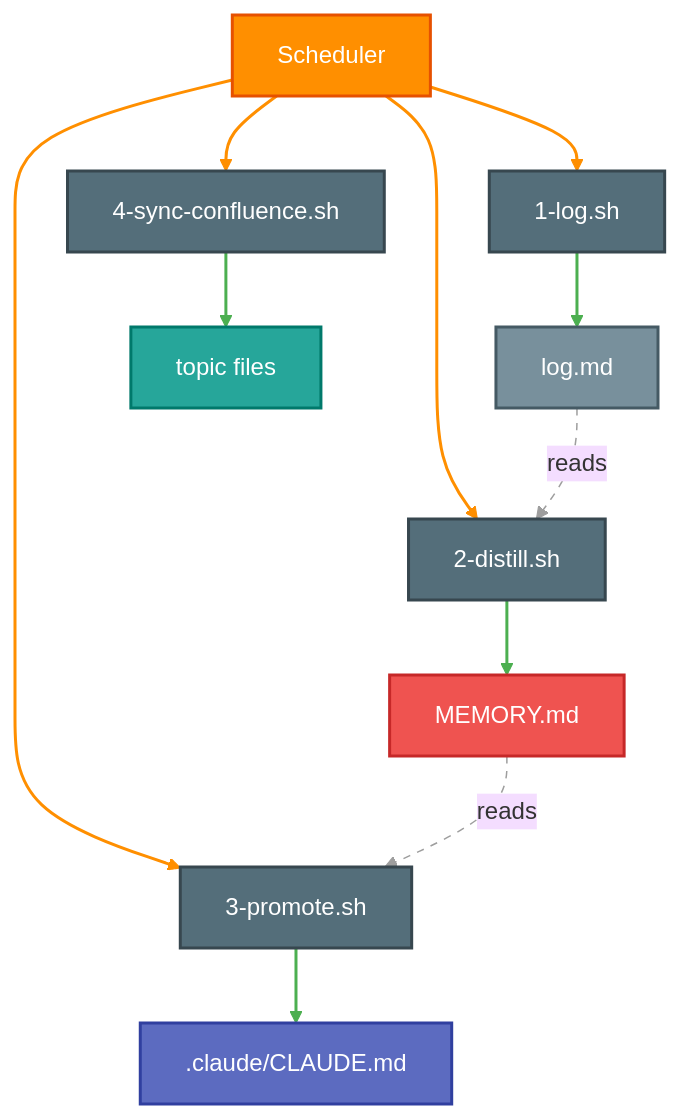
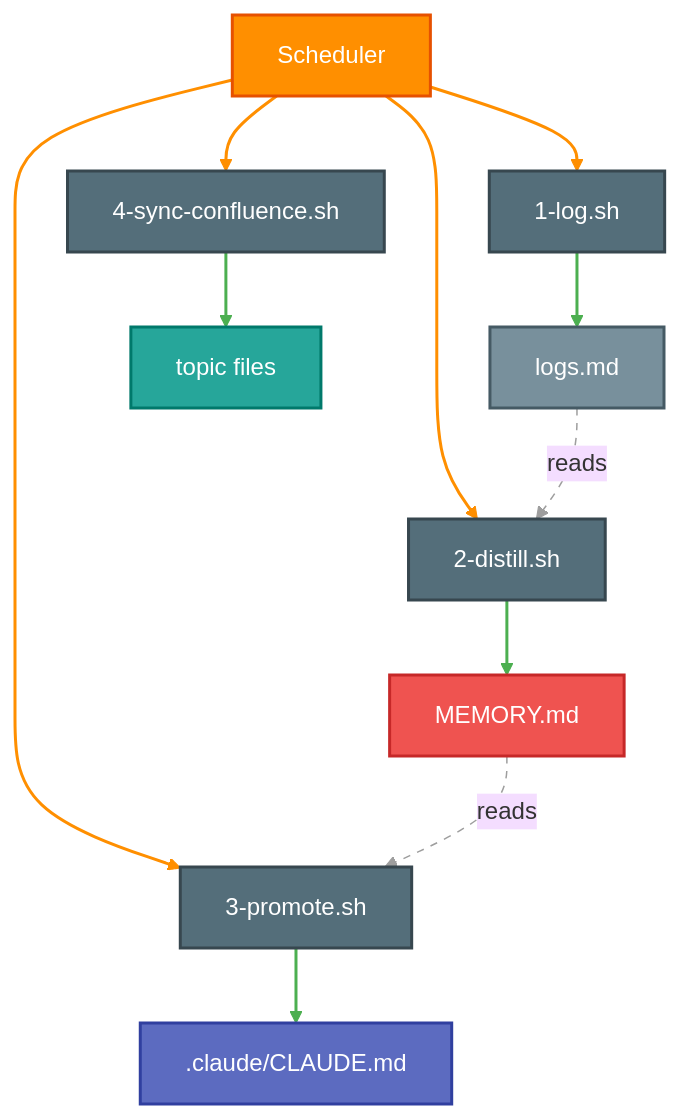
One commit to jameswniu/claude-os changed the third of 3 diagrams in README.md. Above: the diagram before and after it, drawn with Mermaid (base theme). The commit also changed other lines of this file and 6 other files, not shown here.

Commit message:
Rename log.md to logs.md and update Evals column heading

````diff
--- a/README.md
+++ b/README.md
@@ -74,31 +74,31 @@
 ```mermaid
 flowchart TD
     C["Scheduler"]
 
     C --> L1["1-log.sh"]
     C --> L2["2-distill.sh"]
     C --> L3["3-promote.sh"]
     C --> L4["4-sync-confluence.sh"]
 
-    L1 --> LOG["log.md"]
+    L1 --> LOG["logs.md"]
     L2 --> MEM["MEMORY.md"]
     L3 --> RUL[".claude/CLAUDE.md"]
     L4 --> TOP["topic files"]
 
     LOG -. reads .-> L2
     MEM -. reads .-> L3
 
     style C fill:#FF8F00,color:#fff,stroke:#E65100,stroke-width:2px
     style L1 fill:#546E7A,color:#fff,stroke:#37474F,stroke-width:2px
     style L2 fill:#546E7A,color:#fff,stroke:#37474F,stroke-width:2px
     style L3 fill:#546E7A,color:#fff,stroke:#37474F,stroke-width:2px
     style L4 fill:#546E7A,color:#fff,stroke:#37474F,stroke-width:2px
     style LOG fill:#78909C,color:#fff,stroke:#455A64,stroke-width:2px
     style MEM fill:#EF5350,color:#fff,stroke:#C62828,stroke-width:2px
     style RUL fill:#5C6BC0,color:#fff,stroke:#303F9F,stroke-width:2px
     style TOP fill:#26A69A,color:#fff,stroke:#00796B,stroke-width:2px
 
     linkStyle 0,1,2,3 stroke:#FF8F00,stroke-width:2px
     linkStyle 4,5,6,7 stroke:#4CAF50,stroke-width:2px
     linkStyle 8,9 stroke:#9E9E9E,stroke-width:1px,stroke-dasharray:5
 ```
````
